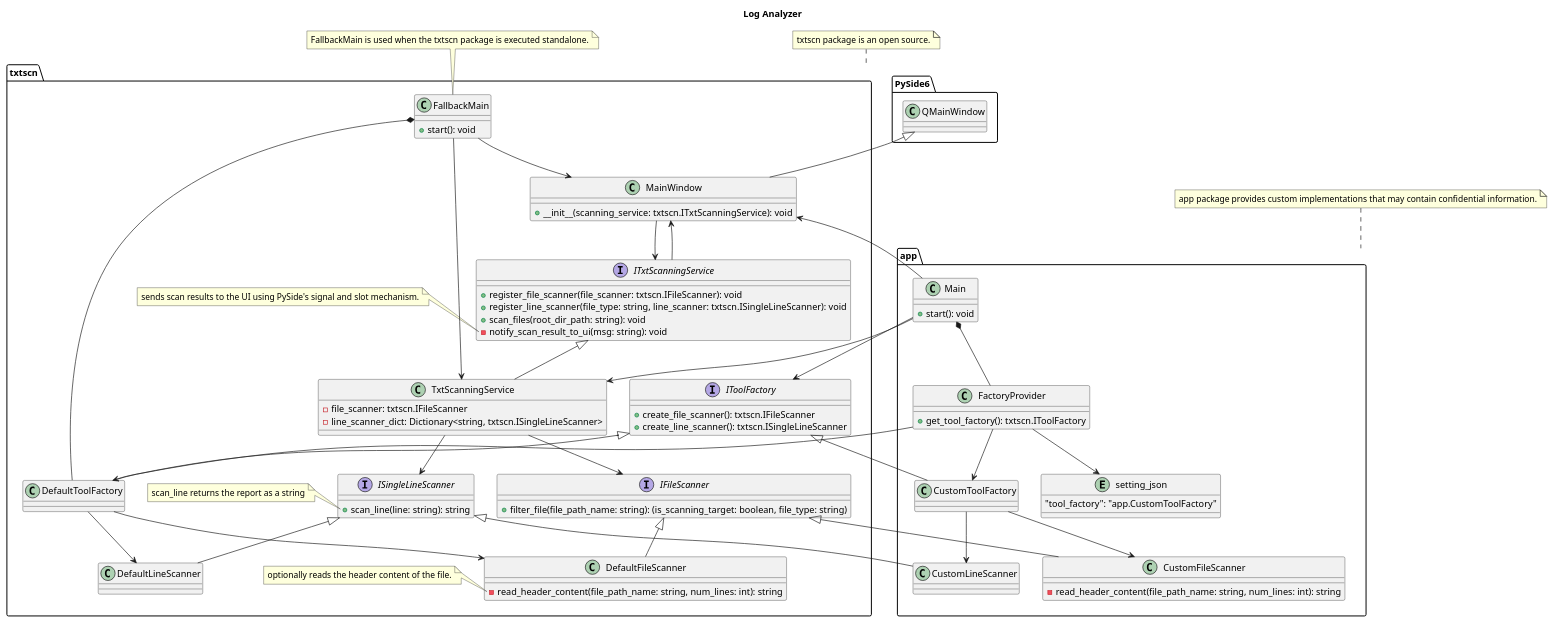
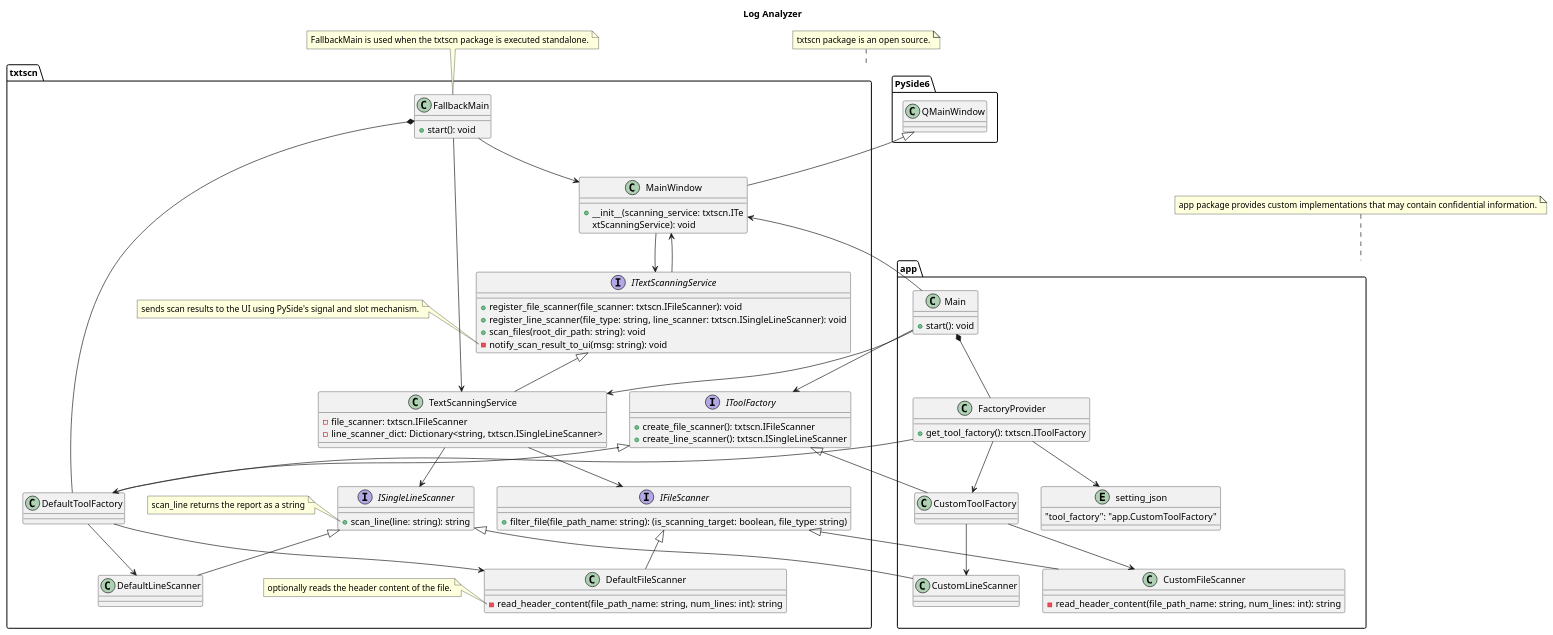
One commit to Takayoshi-Matsuyama/log_analyzer changed the diagram in doc/log_analyzer.puml. Above: the diagram before and after it, drawn with PlantUML.

Commit message:
Updated - class diagram

```diff
--- a/doc/log_analyzer.puml
+++ b/doc/log_analyzer.puml
@@ -1,148 +1,149 @@
 @startuml log_analyzer
 
 'Copyright 2026 Takayoshi Matsuyama
 '
 'Licensed under the Apache License, Version 2.0 (the "License");
 'you may not use this file except in compliance with the License.
 'You may obtain a copy of the License at
 '
 '    http://www.apache.org/licenses/LICENSE-2.0
 '
 'Unless required by applicable law or agreed to in writing, software
 'distributed under the License is distributed on an "AS IS" BASIS,
 'WITHOUT WARRANTIES OR CONDITIONS OF ANY KIND, either express or implied.
 'See the License for the specific language governing permissions and
 'limitations under the License.
 
 title Log Analyzer
 
 interface txtscn.IFileScanner
 {
     +filter_file(file_path_name: string): (is_scanning_target: boolean, file_type: string)
 }
 
 class txtscn.DefaultFileScanner
 {
     -read_header_content(file_path_name: string, num_lines: int): string
 }
 class app.CustomFileScanner
 {
     -read_header_content(file_path_name: string, num_lines: int): string
 }
 
 txtscn.IFileScanner <|-- txtscn.DefaultFileScanner
 txtscn.IFileScanner <|-- app.CustomFileScanner
 
 note left of txtscn.DefaultFileScanner::read_header_content
     optionally reads the header content of the file.
 end note
 
 interface txtscn.ISingleLineScanner
 {
     +scan_line(line: string): string
 }
 
 note left of txtscn.ISingleLineScanner::scan_line
     scan_line returns the report as a string
 end note
 
 class txtscn.DefaultLineScanner {}
 class app.CustomLineScanner {}
 
 txtscn.ISingleLineScanner <|-- txtscn.DefaultLineScanner
 txtscn.ISingleLineScanner <|-- app.CustomLineScanner
 
 interface txtscn.IToolFactory
 {
     +create_file_scanner(): txtscn.IFileScanner
     +create_line_scanner(): txtscn.ISingleLineScanner
 }
 
 class txtscn.DefaultToolFactory {}
 class app.CustomToolFactory {}
 
 txtscn.IToolFactory <|-- txtscn.DefaultToolFactory
 txtscn.IToolFactory <|-- app.CustomToolFactory
 
 txtscn.DefaultToolFactory --> txtscn.DefaultFileScanner
 txtscn.DefaultToolFactory --> txtscn.DefaultLineScanner
 
 app.CustomToolFactory --> app.CustomFileScanner
 app.CustomToolFactory --> app.CustomLineScanner
 
-interface txtscn.ITxtScanningService
+interface txtscn.ITextScanningService
 {
     +register_file_scanner(file_scanner: txtscn.IFileScanner): void
     +register_line_scanner(file_type: string, line_scanner: txtscn.ISingleLineScanner): void
     +scan_files(root_dir_path: string): void
     -notify_scan_result_to_ui(msg: string): void
 }
 
-note left of txtscn.ITxtScanningService::notify_scan_result_to_ui
+note left of txtscn.ITextScanningService::notify_scan_result_to_ui
     sends scan results to the UI using PySide's signal and slot mechanism.
 end note
 
 
-class txtscn.TxtScanningService
+class txtscn.TextScanningService
 {
     -file_scanner: txtscn.IFileScanner
     -line_scanner_dict: Dictionary<string, txtscn.ISingleLineScanner>
 }
 
-txtscn.ITxtScanningService <|-- txtscn.TxtScanningService
-txtscn.TxtScanningService --> txtscn.IFileScanner
-txtscn.TxtScanningService --> txtscn.ISingleLineScanner
+txtscn.ITextScanningService <|-- txtscn.TextScanningService
+txtscn.TextScanningService --> txtscn.IFileScanner
+txtscn.TextScanningService --> txtscn.ISingleLineScanner
 
 class PySide6.QMainWindow {}
 
 class txtscn.MainWindow
 {
-    + __init__(scanning_service: txtscn.ITxtScanningService): void
+    + __init__(scanning_service: txtscn.ITe
+xtScanningService): void
 }
 
 PySide6.QMainWindow <|-- txtscn.MainWindow
-txtscn.ITxtScanningService --> txtscn.MainWindow
+txtscn.ITextScanningService --> txtscn.MainWindow
 
 entity app.setting_json
 {
     "tool_factory": "app.CustomToolFactory"
 }
 
 class app.FactoryProvider
  {
     +get_tool_factory(): txtscn.IToolFactory
 }
 
 app.FactoryProvider --> app.setting_json
 app.FactoryProvider --> txtscn.DefaultToolFactory
 app.FactoryProvider --> app.CustomToolFactory
 
 class txtscn.FallbackMain
 {
     + start(): void
 }
 
 txtscn.FallbackMain *-- txtscn.DefaultToolFactory
-txtscn.FallbackMain --> txtscn.TxtScanningService
+txtscn.FallbackMain --> txtscn.TextScanningService
 txtscn.FallbackMain --> txtscn.MainWindow
 
 note "FallbackMain is used when the txtscn package is executed standalone." as N1
 N1 .. txtscn.FallbackMain
 
 class app.Main
 {
     + start(): void
 }
 
 app.Main *-- app.FactoryProvider
 app.Main --> txtscn.IToolFactory
-app.Main --> txtscn.TxtScanningService
+app.Main --> txtscn.TextScanningService
 app.Main --> txtscn.MainWindow
-txtscn.MainWindow --> txtscn.ITxtScanningService
+txtscn.MainWindow --> txtscn.ITextScanningService
 
 note "txtscn package is an open source." as N2
 N2 .. txtscn
 note "app package provides custom implementations that may contain confidential information." as N3
 N3 .. app
 
 @enduml
```
